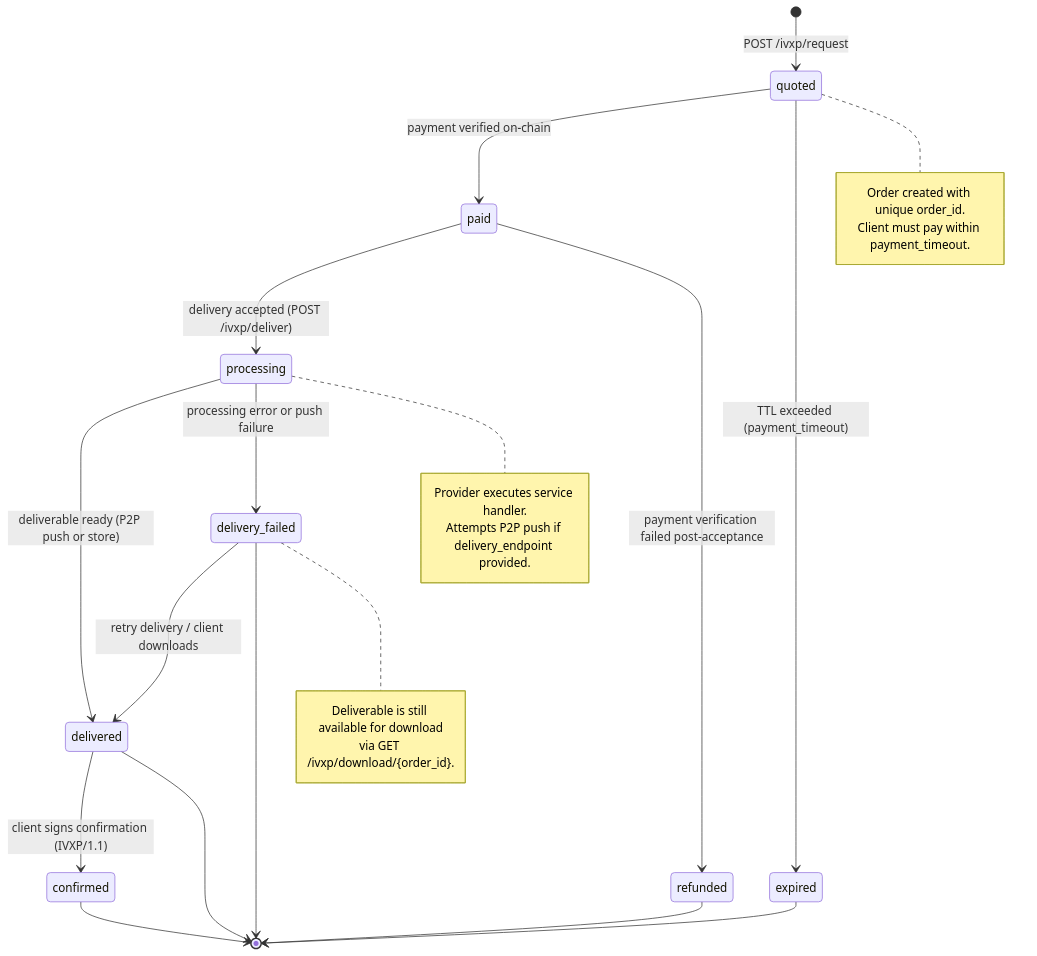
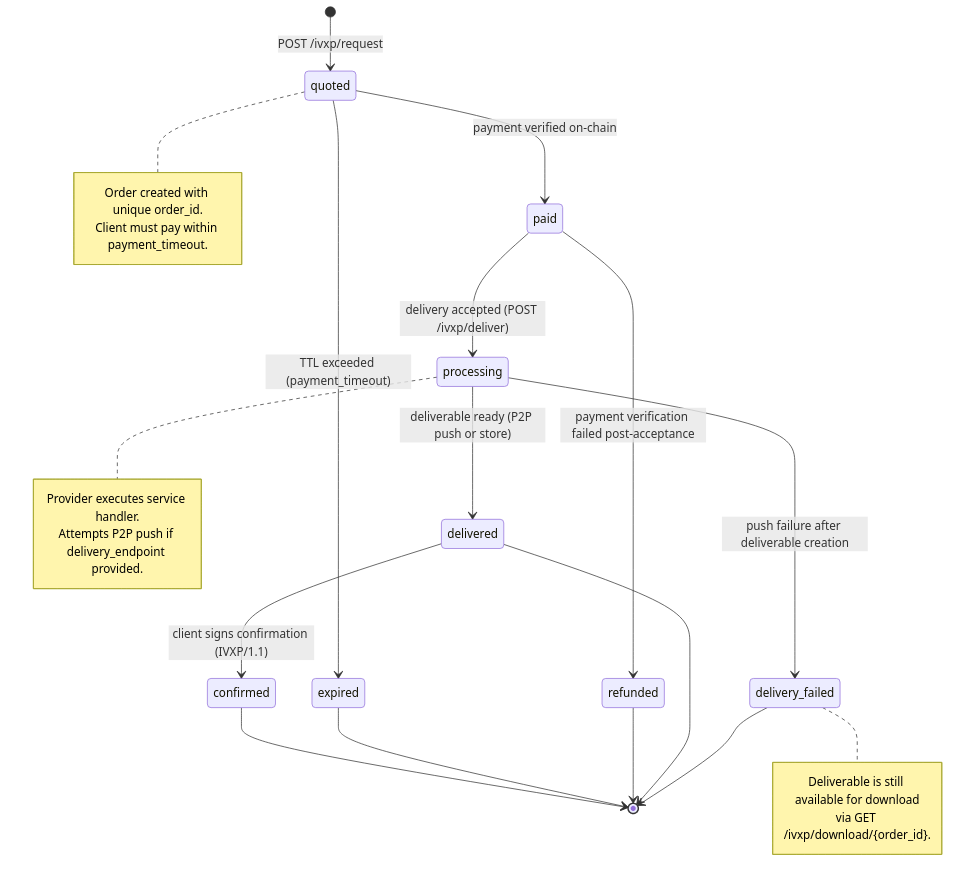
Before and after one commit to franksprotocols/ivxp-protocol: the diagram in docs/protocol/diagrams/state-machine.mmd, drawn with Mermaid. The commit also changed 11 other files, not shown here.

```diff
--- a/docs/protocol/diagrams/state-machine.mmd
+++ b/docs/protocol/diagrams/state-machine.mmd
@@ -1,33 +1,31 @@
 stateDiagram-v2
     [*] --> quoted : POST /ivxp/request
     quoted --> paid : payment verified on-chain
     paid --> processing : delivery accepted (POST /ivxp/deliver)
     processing --> delivered : deliverable ready (P2P push or store)
-    processing --> delivery_failed : processing error or push failure
+    processing --> delivery_failed : push failure after deliverable creation
 
     delivered --> confirmed : client signs confirmation (IVXP/1.1)
     confirmed --> [*]
 
     quoted --> expired : TTL exceeded (payment_timeout)
     paid --> refunded : payment verification failed post-acceptance
-    delivery_failed --> delivered : retry delivery / client downloads
-
     expired --> [*]
     refunded --> [*]
     delivered --> [*]
     delivery_failed --> [*]
 
     note right of quoted
         Order created with unique order_id.
         Client must pay within payment_timeout.
     end note
 
     note right of processing
         Provider executes service handler.
         Attempts P2P push if delivery_endpoint provided.
     end note
 
     note right of delivery_failed
         Deliverable is still available for download
         via GET /ivxp/download/{order_id}.
     end note
```
